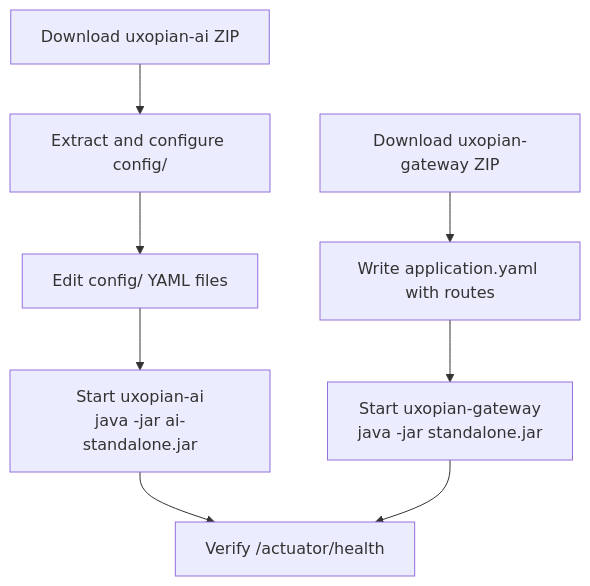
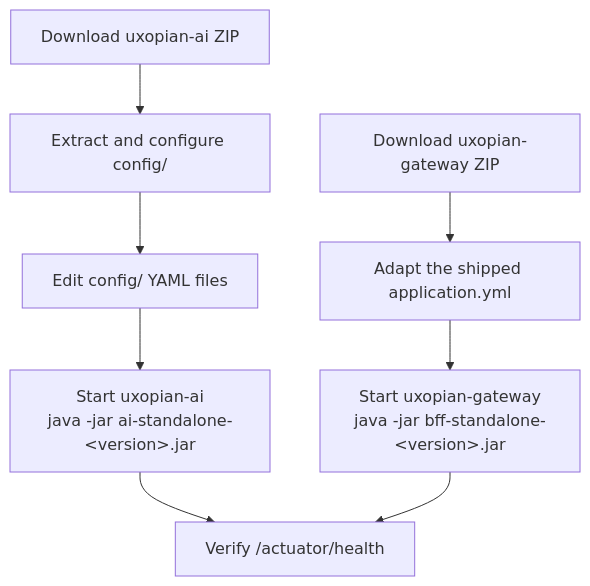
The diagram in docs/uxopian-ai/installation/java.md (Uxopian/uxodocs), drawn with Mermaid before and after one commit. The commit also changed other lines of this file and 3 other files, not shown here.

````diff
--- a/docs/uxopian-ai/installation/java.md
+++ b/docs/uxopian-ai/installation/java.md
@@ -13,10 +13,10 @@
 ```mermaid
 flowchart TD
     A[Download uxopian-ai ZIP] --> B[Extract and configure config/]
-    C[Download uxopian-gateway ZIP] --> D[Write application.yaml with routes]
+    C[Download uxopian-gateway ZIP] --> D[Adapt the shipped application.yml]
     B --> E[Edit config/ YAML files]
-    E --> F[Start uxopian-ai<br/>java -jar ai-standalone.jar]
-    D --> G[Start uxopian-gateway<br/>java -jar standalone.jar]
+    E --> F[Start uxopian-ai<br/>java -jar ai-standalone-&lt;version&gt;.jar]
+    D --> G[Start uxopian-gateway<br/>java -jar bff-standalone-&lt;version&gt;.jar]
     F --> H[Verify /actuator/health]
     G --> H
 ```
````
